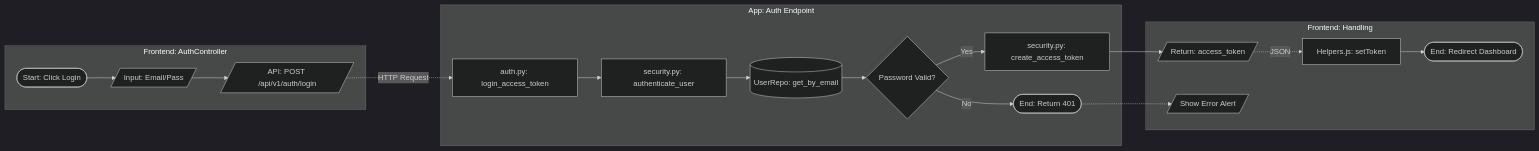
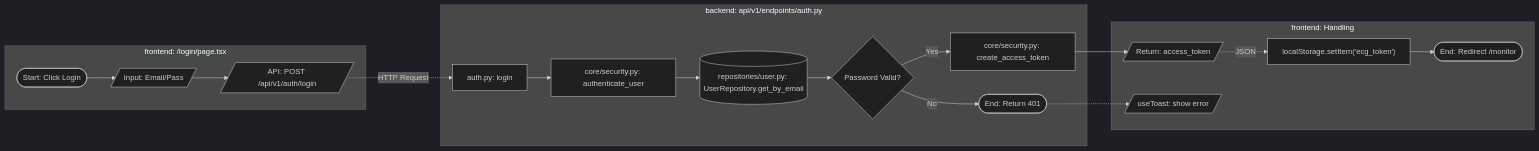
Before and after one commit to affanrk/ecg-puskesmas: the sixth of 11 diagrams in SYSTEM_FLOWS.md, drawn with Mermaid (dark theme). The commit also changed other lines of this file and 176 other files, not shown here.

Commit message:
BE_FE: Separate Frontend & Backend, Framework FE -> Next.JS (UI), Backend-> FastAPI (Service for API & Websocket)

````diff
--- a/SYSTEM_FLOWS.md
+++ b/SYSTEM_FLOWS.md
@@ -227,27 +228,27 @@
 ```mermaid
 flowchart LR
     %% SWIMLANE: FRONTEND
-    subgraph UI [Frontend: AuthController]
+    subgraph UI [frontend: /login/page.tsx]
         UserLogin([Start: Click Login]) --> Payload[/Input: Email/Pass/]
         Payload --> ReqPost[/API: POST /api/v1/auth/login/]
     end
 
     %% SWIMLANE: BACKEND API
-    subgraph API [App: Auth Endpoint]
-        ReqPost -.->|HTTP Request| Route["auth.py: login_access_token"]
-        Route --> AuthSvc["security.py: authenticate_user"]
-        AuthSvc --> DBQuery[(UserRepo: get_by_email)]
+    subgraph API [backend: api/v1/endpoints/auth.py]
+        ReqPost -.->|HTTP Request| Route["auth.py: login"]
+        Route --> AuthSvc["core/security.py: authenticate_user"]
+        AuthSvc --> DBQuery[(repositories/user.py: UserRepository.get_by_email)]
         
         DBQuery --> Verify{Password Valid?}
         Verify -- No --> Err401([End: Return 401])
-        Verify -- Yes --> CreateTok["security.py: create_access_token"]
+        Verify -- Yes --> CreateTok["core/security.py: create_access_token"]
     end
 
     %% SWIMLANE: RESPONSE
-    subgraph Response [Frontend: Handling]
+    subgraph Response [frontend: Handling]
         CreateTok --> Ret200[/Return: access_token/]
-        Ret200 -.->|JSON| SaveTok["Helpers.js: setToken"]
-        SaveTok --> Redir([End: Redirect Dashboard])
-        Err401 -.-> ShowErr[/Show Error Alert/]
+        Ret200 -.->|JSON| SaveTok["localStorage.setItem('ecg_token')"]
+        SaveTok --> Redir([End: Redirect /monitor])
+        Err401 -.-> ShowErr[/useToast: show error/]
     end
 ```
````
